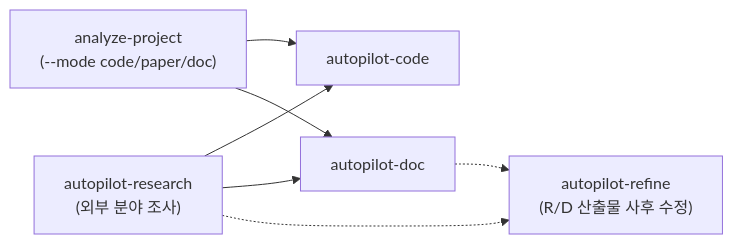
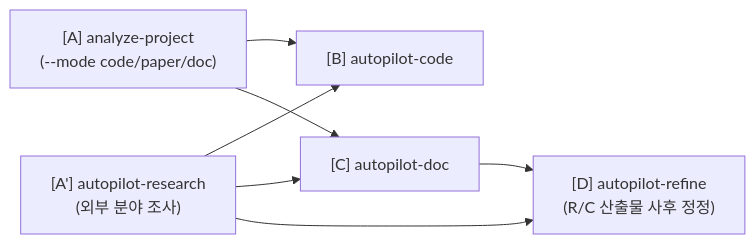
One commit to dmlguq456/agent_setting changed the first of 3 diagrams in README.md. Above: the diagram before and after it, drawn with Mermaid. The commit also changed other lines of this file and 1 other file, not shown here.

First line of the commit message:
docs(README): promote autopilot-refine to category D + unify prompt/memo entry

````diff
--- a/README.md
+++ b/README.md
@@ -15,14 +15,14 @@
 ```mermaid
 flowchart LR
-    A["analyze-project<br/>(--mode code/paper/doc)"]
-    R["autopilot-research<br/>(외부 분야 조사)"]
-    C["autopilot-code"]
-    D["autopilot-doc"]
-    REF["autopilot-refine<br/>(R/D 산출물 사후 수정)"]
+    A["[A] analyze-project<br/>(--mode code/paper/doc)"]
+    R["[A'] autopilot-research<br/>(외부 분야 조사)"]
+    B["[B] autopilot-code"]
+    C["[C] autopilot-doc"]
+    D["[D] autopilot-refine<br/>(R/C 산출물 사후 정정)"]
+    A --> B
     A --> C
-    A --> D
+    R --> B
     R --> C
     R --> D
-    R -.-> REF
-    D -.-> REF
+    C --> D
 ```
````
